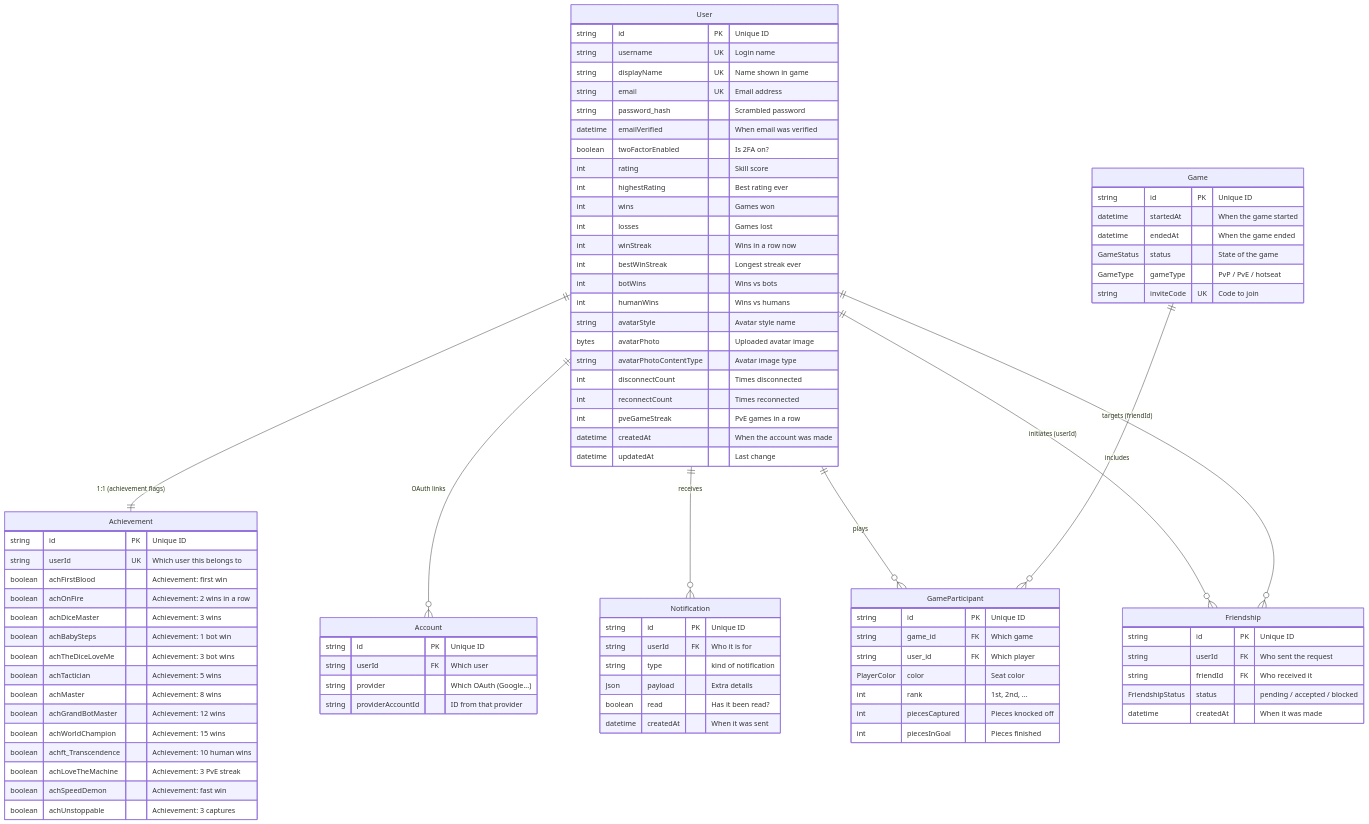
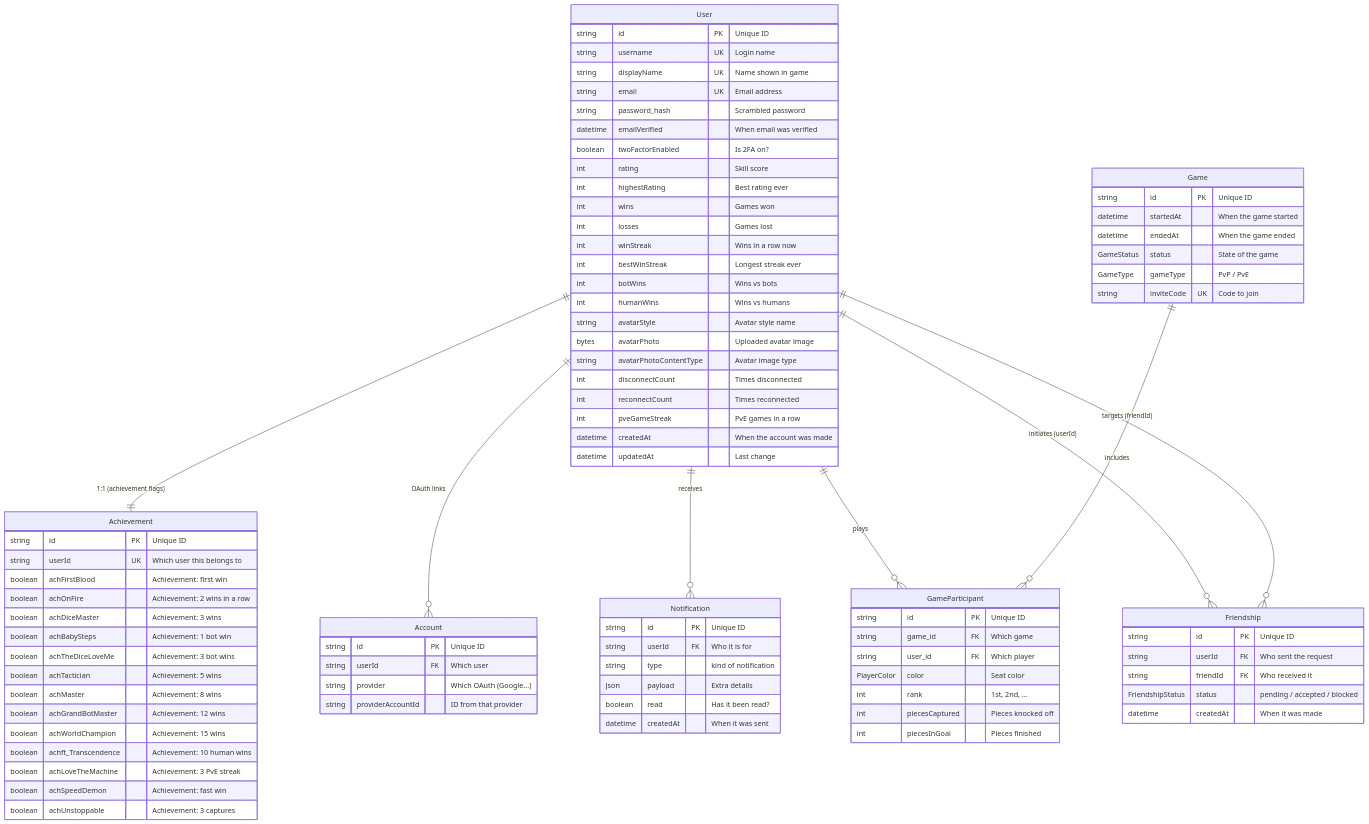
Before and after one commit to JaxzTan/ft_transcendence: the diagram in docs/backend/backend-database-schema-system.md, drawn with Mermaid. The commit also changed 30 other files, not shown here.

```diff
--- a/docs/backend/backend-database-schema-system.md
+++ b/docs/backend/backend-database-schema-system.md
@@ -263,7 +263,7 @@
         datetime startedAt "When the game started"
         datetime endedAt "When the game ended"
         GameStatus status "State of the game"
-        GameType gameType "PvP / PvE / hotseat"
+        GameType gameType "PvP / PvE"
         string inviteCode UK "Code to join"
     }
     GameParticipant {
```
